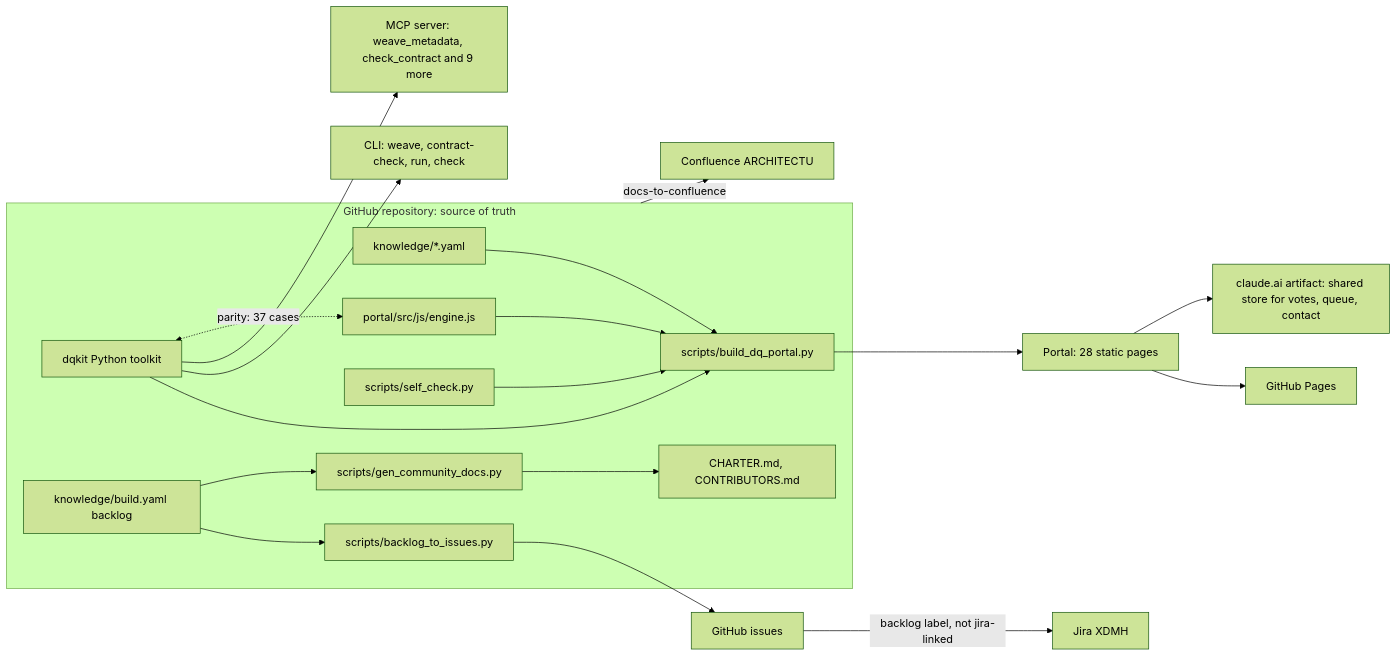
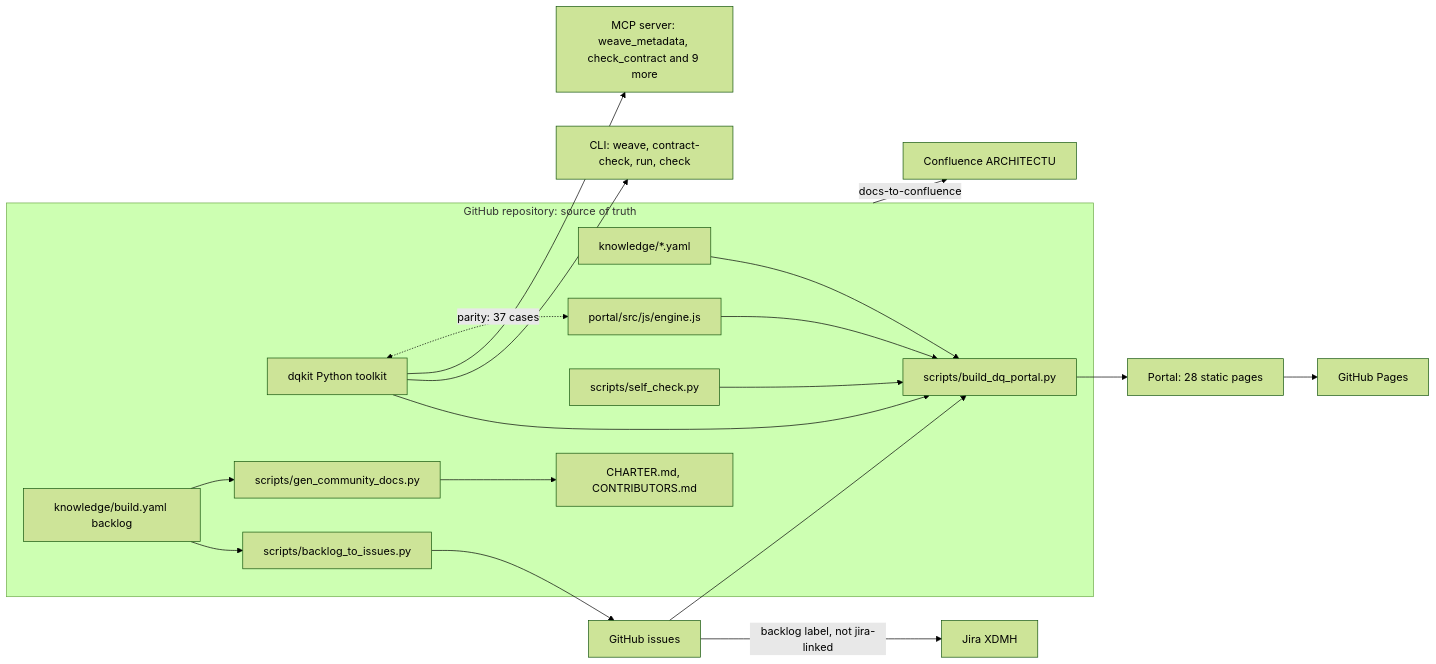
Before and after one commit to cyberdudeuk/dq-commons: the third of 3 diagrams in docs/ARCHITECTURE.md, drawn with Mermaid (forest theme). The commit also changed other lines of this file and 60 other files, not shown here.

````diff
--- a/docs/ARCHITECTURE.md
+++ b/docs/ARCHITECTURE.md
@@ -160,20 +160,20 @@
 ```mermaid
 flowchart LR
   subgraph Repo[GitHub repository: source of truth]
     K[knowledge/*.yaml] --> B[scripts/build_dq_portal.py]
     T[dqkit Python toolkit] --> B
     E[portal/src/js/engine.js] --> B
     S[scripts/self_check.py] --> B
     BL[knowledge/build.yaml backlog] --> I[scripts/backlog_to_issues.py]
     BL --> G[scripts/gen_community_docs.py] --> CD[CHARTER.md, CONTRIBUTORS.md]
   end
   B --> P[Portal: 28 static pages]
   P --> GHP[GitHub Pages]
-  P --> ART[claude.ai artifact: shared store for votes, queue, contact]
+  GHI --> B
   T --> CLI[CLI: weave, contract-check, run, check]
   T --> MCP[MCP server: weave_metadata, check_contract and 9 more]
   I --> GHI[GitHub issues]
   GHI -- backlog label, not jira-linked --> J[Jira XDMH]
   Repo -- docs-to-confluence --> C[Confluence ARCHITECTU]
   T <-. parity: 37 cases .-> E
 ```
````
